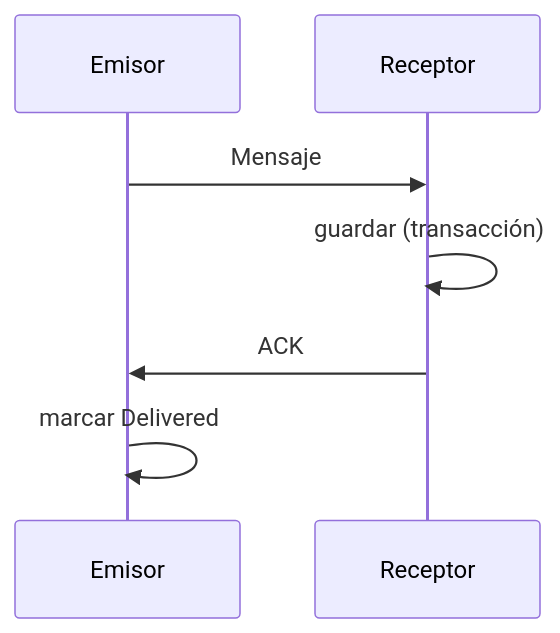
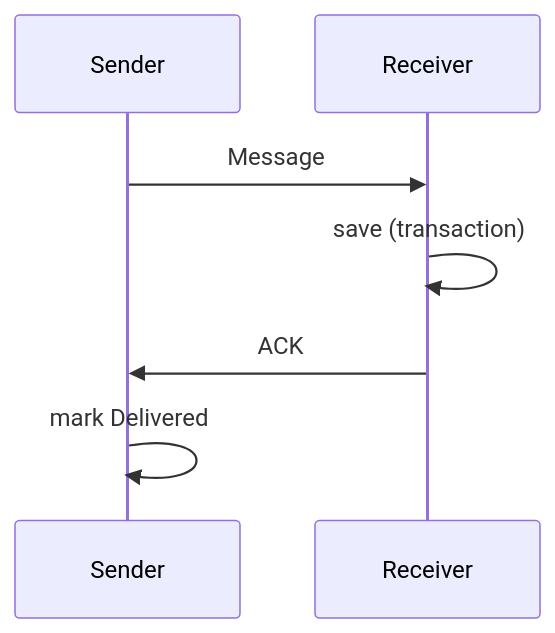
One commit to fsoftt/Murmur changed the first of 2 diagrams in website/concepts/outbox-and-acks.md. Above: the diagram before and after it, drawn with Mermaid. The commit also changed other lines of this file and 51 other files, not shown here.

````diff
--- a/website/concepts/outbox-and-acks.md
+++ b/website/concepts/outbox-and-acks.md
@@ -25,9 +26,9 @@
 ```mermaid
 sequenceDiagram
-    participant A as Emisor
-    participant B as Receptor
-    A->>B: Mensaje #123
-    B->>B: guardar (transacción)
+    participant A as Sender
+    participant B as Receiver
+    A->>B: Message #123
+    B->>B: save (transaction)
     B->>A: ACK #123
-    A->>A: marcar Delivered
+    A->>A: mark Delivered
 ```
````
